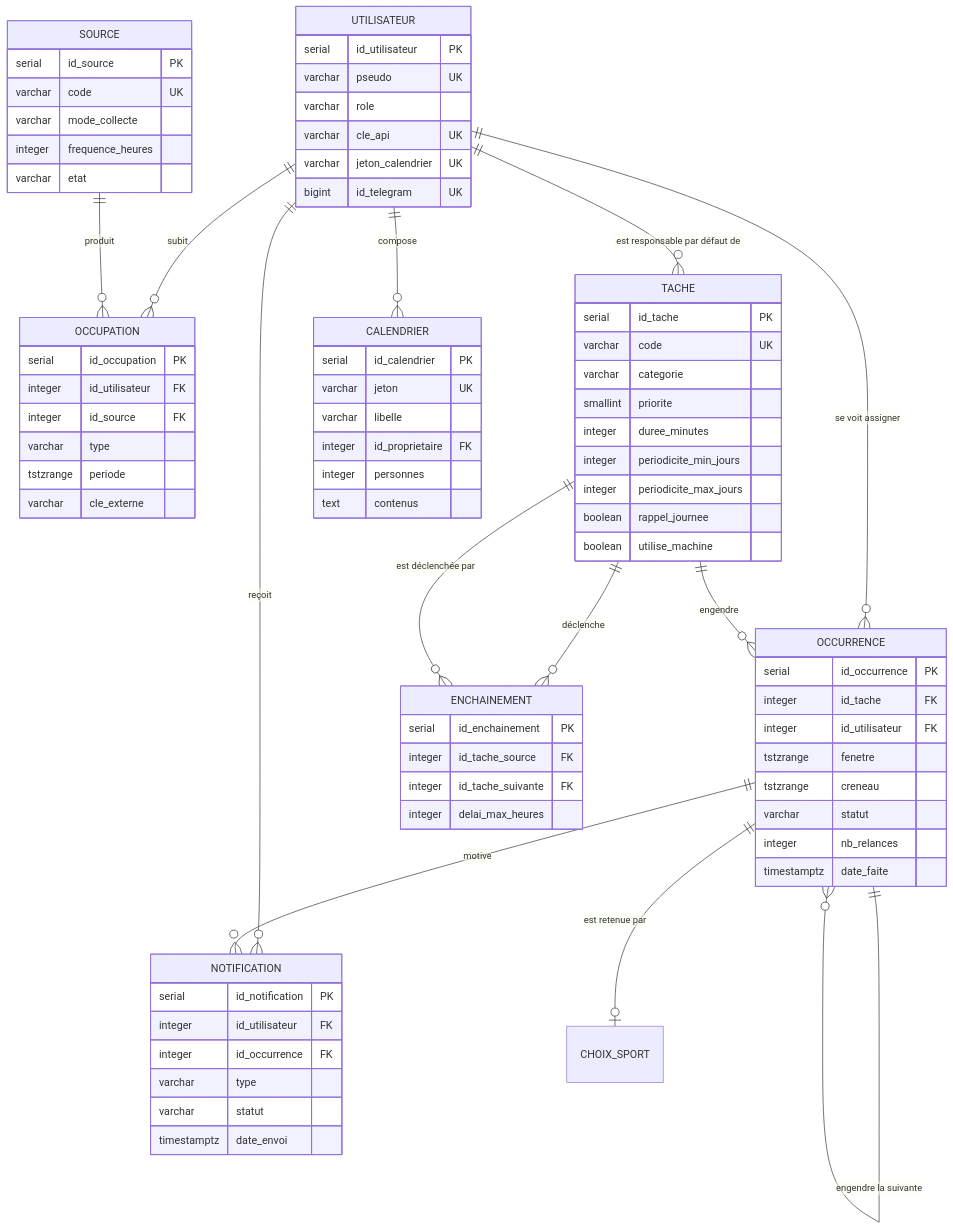
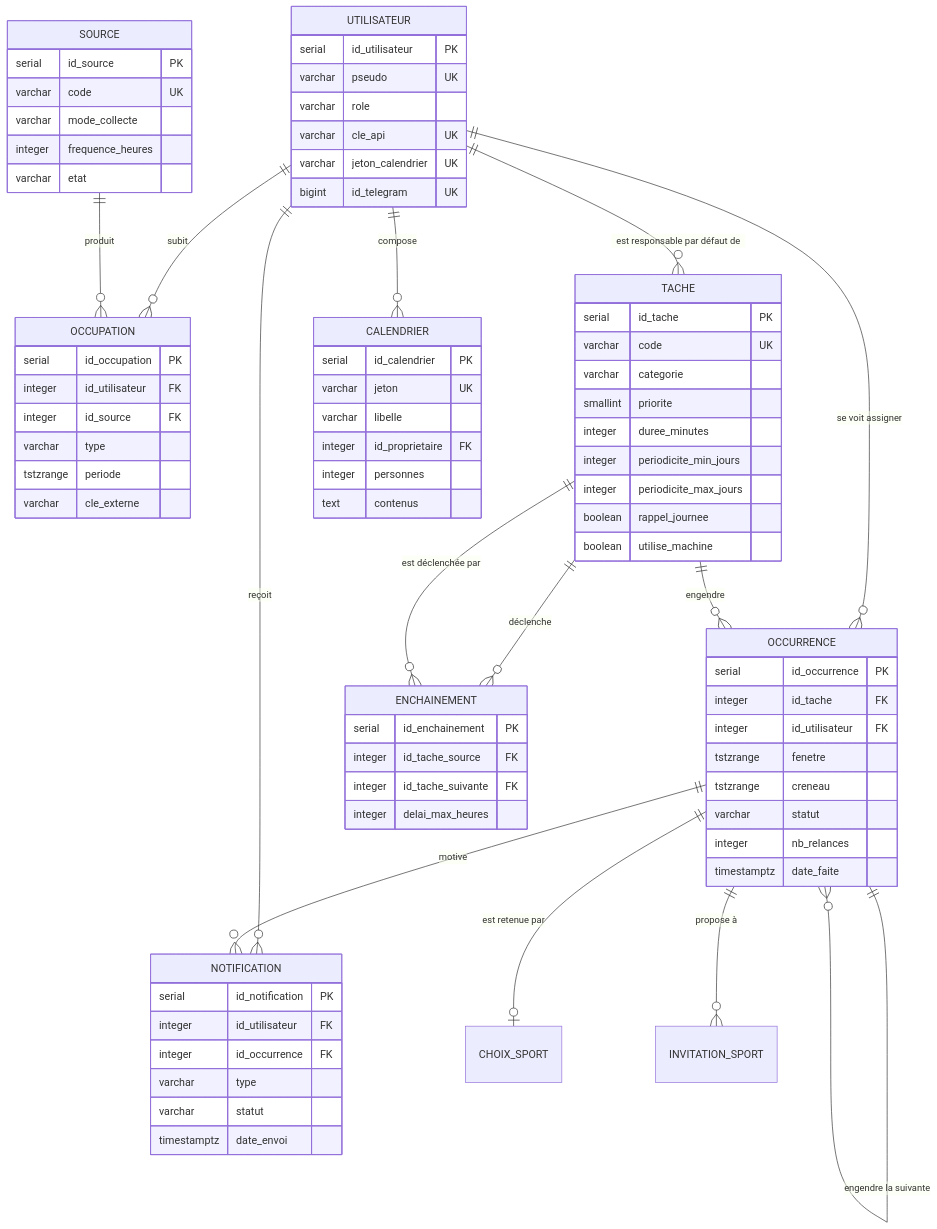
The diagram in cahier-des-charges.md (DocXydre/Projet_Emploie_du_temps), drawn with Mermaid before and after one commit. The commit also changed other lines of this file and 4 other files, not shown here.

Commit message:
Sport : créneaux communs, invitation et réponse de l'autre

```diff
--- a/cahier-des-charges.md
+++ b/cahier-des-charges.md
@@ -339,6 +342,7 @@
     OCCURRENCE  ||--o| CHOIX_SPORT  : "est retenue par"
     OCCURRENCE  ||--o{ OCCURRENCE   : "engendre la suivante"
     UTILISATEUR ||--o{ CALENDRIER   : "compose"
+    OCCURRENCE  ||--o{ INVITATION_SPORT : "propose à"
 
     UTILISATEUR {
         serial  id_utilisateur PK
```
